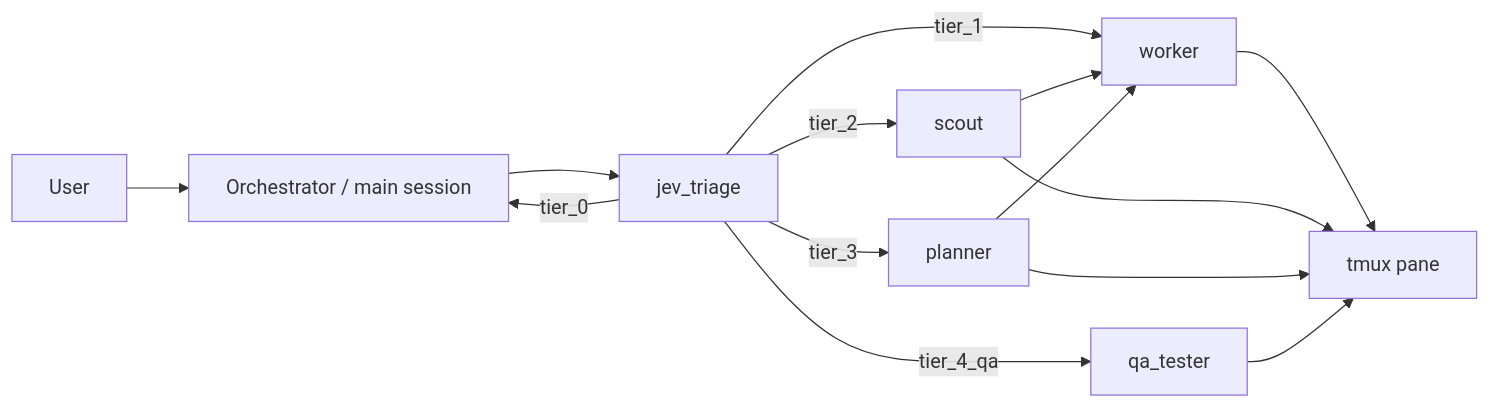
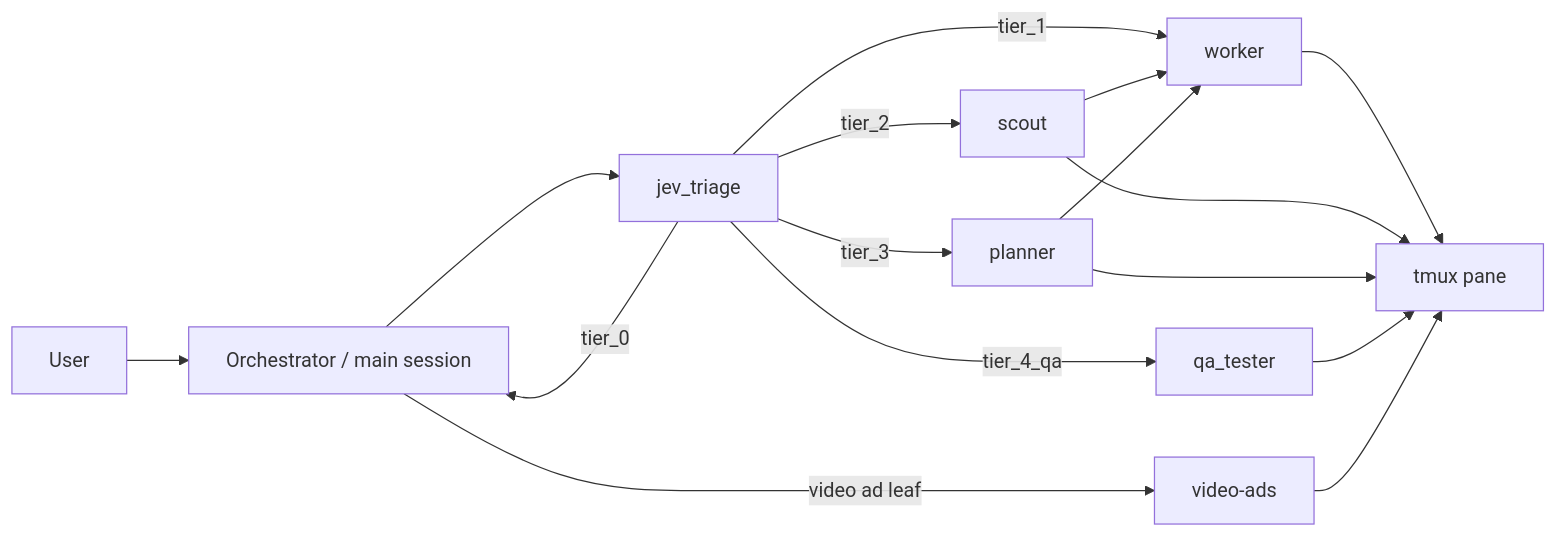
One commit to VisionCraft3r/ultimate-pi changed the diagram in README.md. Above: the diagram before and after it, drawn with Mermaid. The commit also changed other lines of this file and 27 other files, not shown here.

First line of the commit message:
install: ship the local routing manual, video-ads role, and preference defaults

````diff
--- a/README.md
+++ b/README.md
@@ -226,14 +229,16 @@
 ```mermaid
 flowchart LR
     U[User] --> O[Orchestrator / main session]
     O --> J[jev_triage]
     J -->|tier_0| O
     J -->|tier_1| W[worker]
     J -->|tier_2| S[scout] --> W
     J -->|tier_3| P[planner] --> W
     J -->|tier_4_qa| Q[qa_tester]
+    O -->|video ad leaf| V[video-ads]
     W --> T[tmux pane]
     S --> T
     P --> T
     Q --> T
+    V --> T
 ```
````
